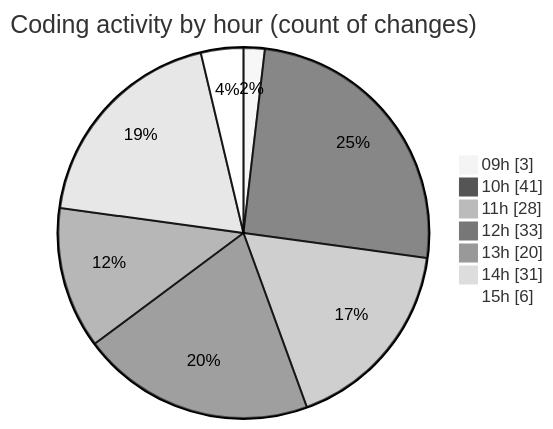
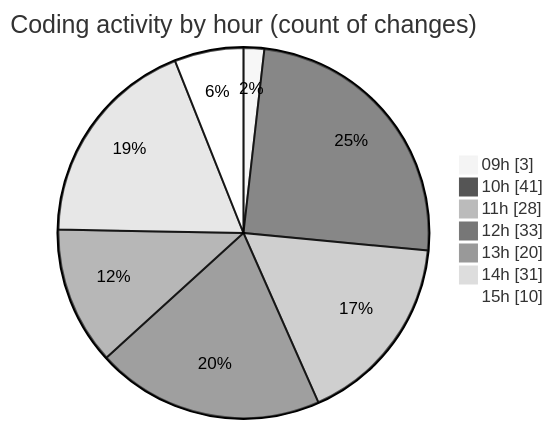
Before and after one commit to CELIANVF/code-tracking: the second of 2 diagrams in 2025-05-19/ecodeli-1/README.md, drawn with Mermaid (neutral theme). The commit also changed other lines of this file and 1 other file, not shown here.

````diff
--- a/2025-05-19/ecodeli-1/README.md
+++ b/2025-05-19/ecodeli-1/README.md
@@ -72,11 +74,11 @@
 ```mermaid
 pie showData
 title Coding activity by hour (count of changes)
 "09h" : 3
 "10h" : 41
 "11h" : 28
 "12h" : 33
 "13h" : 20
 "14h" : 31
-"15h" : 6
+"15h" : 10
 ```
````
